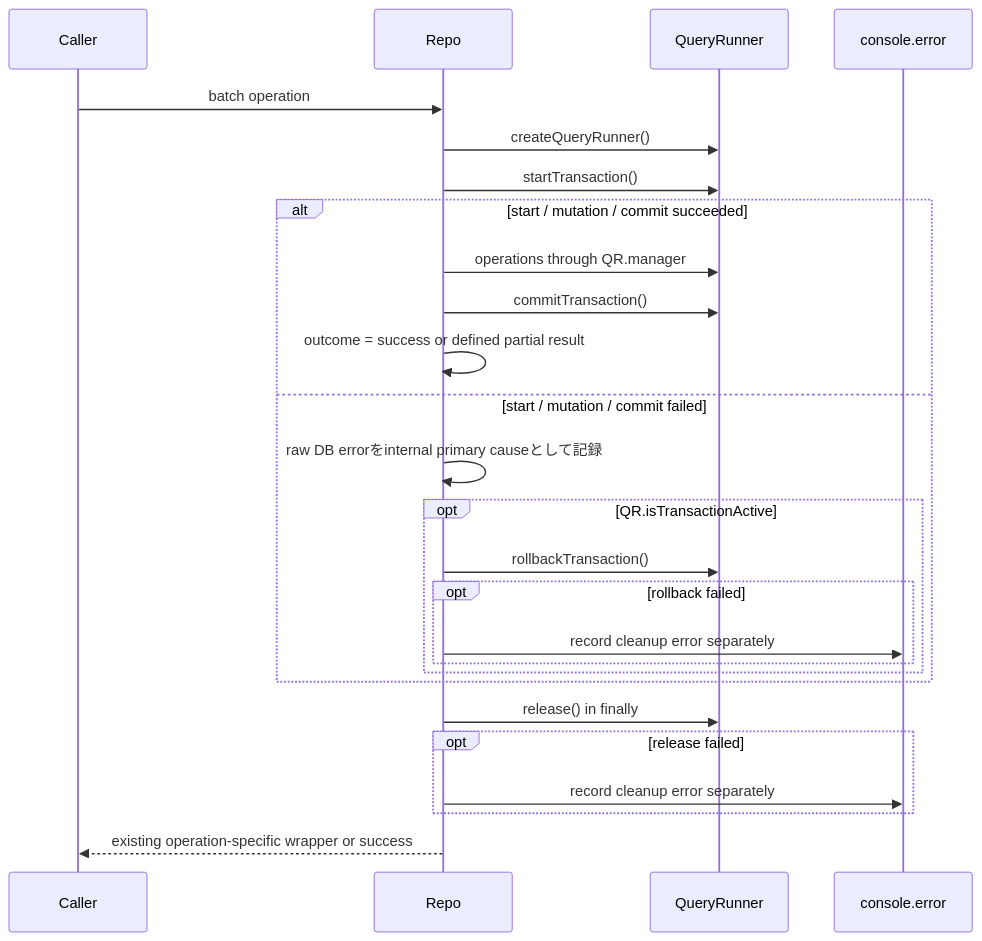
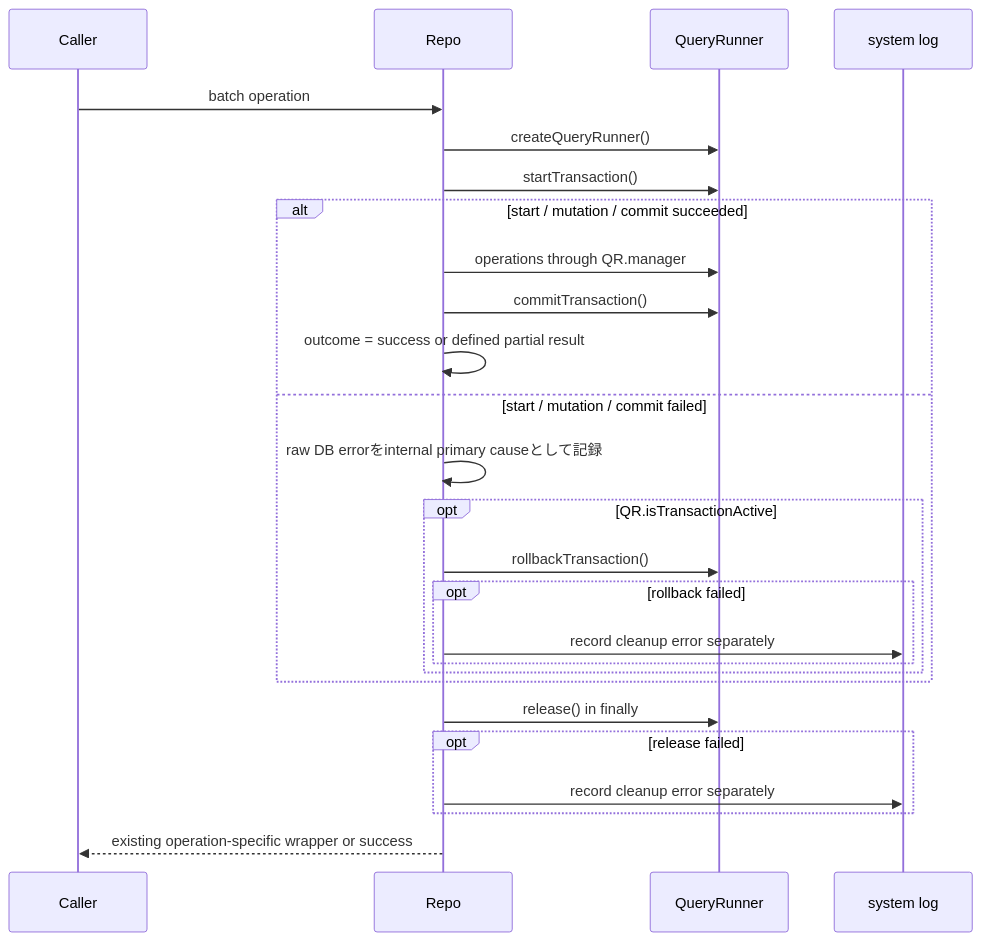
Before and after one commit to l3tnun/EPGStation: the fifth of 7 diagrams in .kiro/specs/server-persistence/design.md, drawn with Mermaid. The commit also changed other lines of this file and 3 other files, not shown here.

First line of the commit message:
データベースの WAL 設定・dbtype の別名・ormconfig.js の !env・DB の error の log 出力の仕様を足す (#722, #725)

````diff
--- a/.kiro/specs/server-persistence/design.md
+++ b/.kiro/specs/server-persistence/design.md
@@ -535,29 +546,29 @@
 ```mermaid
 sequenceDiagram
     participant Caller
     participant Repo
     participant QR as QueryRunner
-    participant Log as console.error
+    participant Log as system log
 
     Caller->>Repo: batch operation
     Repo->>QR: createQueryRunner()
     Repo->>QR: startTransaction()
     alt start / mutation / commit succeeded
         Repo->>QR: operations through QR.manager
         Repo->>QR: commitTransaction()
         Repo->>Repo: outcome = success or defined partial result
     else start / mutation / commit failed
         Repo->>Repo: raw DB errorをinternal primary causeとして記録
         opt QR.isTransactionActive
             Repo->>QR: rollbackTransaction()
             opt rollback failed
                 Repo->>Log: record cleanup error separately
             end
         end
     end
     Repo->>QR: release() in finally
     opt release failed
         Repo->>Log: record cleanup error separately
     end
     Repo-->>Caller: existing operation-specific wrapper or success
 ```
````
